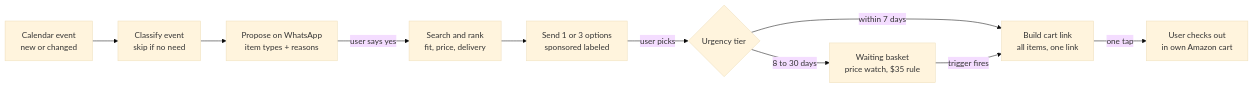
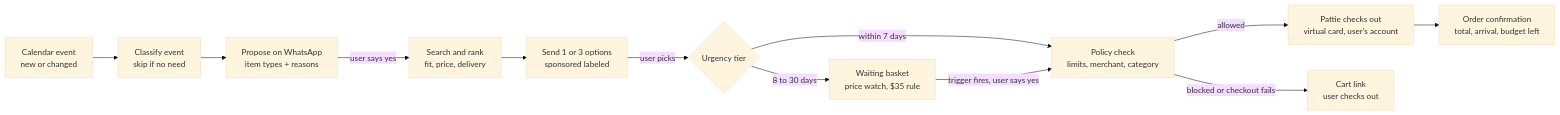
The diagram in docs/PRD.md (kolumba-ai/Pattie-shopping-agent), drawn with Mermaid (base theme) before and after one commit. The commit also changed other lines of this file and 2 other files, not shown here.

First line of the commit message:
Add architecture doc; PRD: agent logs in and buys with a virtual card

````diff
--- a/docs/PRD.md
+++ b/docs/PRD.md
@@ -60,12 +69,14 @@
 ```mermaid
 flowchart LR
     A[Calendar event<br/>new or changed] --> B[Classify event<br/>skip if no need]
     B --> C[Propose on WhatsApp<br/>item types + reasons]
     C -- user says yes --> D[Search and rank<br/>fit, price, delivery]
     D --> E[Send 1 or 3 options<br/>sponsored labeled]
     E -- user picks --> F{Urgency tier}
-    F -- within 7 days --> G[Build cart link<br/>all items, one link]
+    F -- within 7 days --> G[Policy check<br/>limits, merchant, category]
     F -- 8 to 30 days --> H[Waiting basket<br/>price watch, $35 rule]
-    H -- trigger fires --> G
-    G -- one tap --> I[User checks out<br/>in own Amazon cart]
+    H -- trigger fires, user says yes --> G
+    G -- allowed --> I[Pattie checks out<br/>virtual card, user's account]
+    G -- blocked or checkout fails --> J[Cart link<br/>user checks out]
+    I --> K[Order confirmation<br/>total, arrival, budget left]
 ```
````
